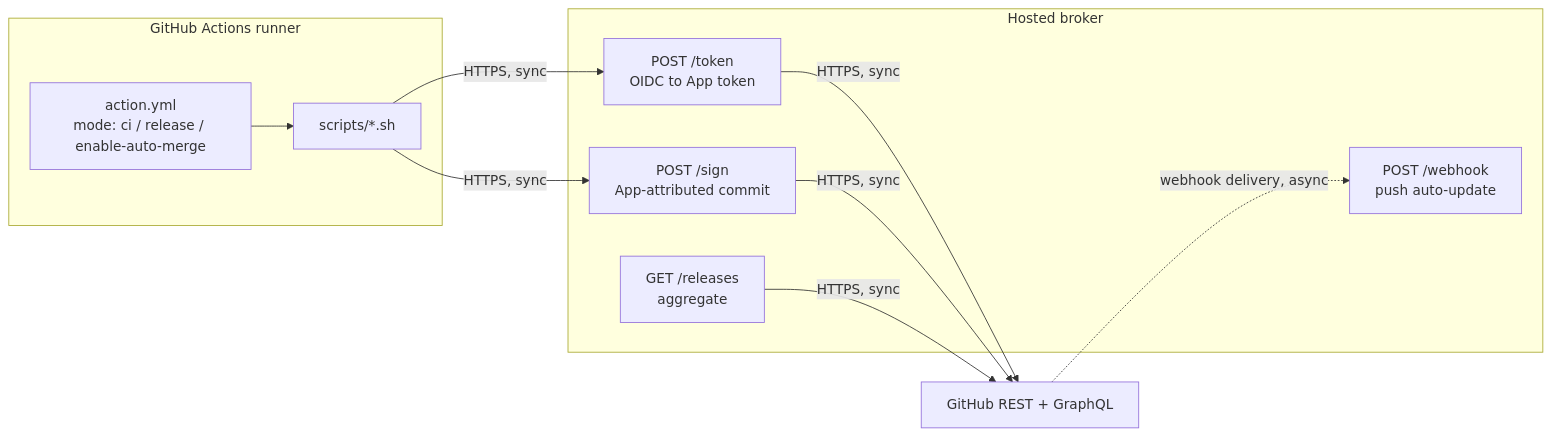
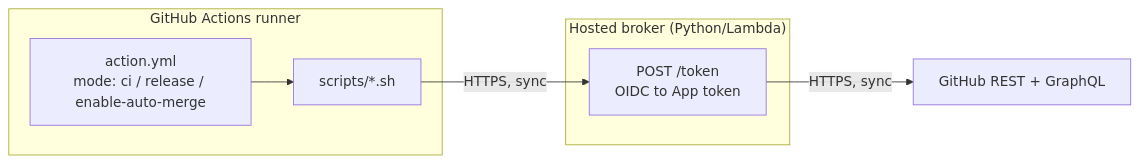
One commit to MagmaMoose/diatreme changed the diagram in docs/architecture.md. Above: the diagram before and after it, drawn with Mermaid. The commit also changed other lines of this file and 3 other files, not shown here.

````diff
--- a/docs/architecture.md
+++ b/docs/architecture.md
@@ -9,21 +9,14 @@
 ```mermaid
 flowchart LR
     subgraph runner["GitHub Actions runner"]
         A["action.yml<br/>mode: ci / release / enable-auto-merge"]
         S["scripts/*.sh"]
         A --> S
     end
-    subgraph broker["Hosted broker"]
+    subgraph broker["Hosted broker (Python/Lambda)"]
         T["POST /token<br/>OIDC to App token"]
-        G["POST /sign<br/>App-attributed commit"]
-        R["GET /releases<br/>aggregate"]
-        W["POST /webhook<br/>push auto-update"]
     end
     S -->|"HTTPS, sync"| T
-    S -->|"HTTPS, sync"| G
     GH["GitHub REST + GraphQL"]
     T -->|"HTTPS, sync"| GH
-    G -->|"HTTPS, sync"| GH
-    R -->|"HTTPS, sync"| GH
-    GH -.->|"webhook delivery, async"| W
 ```
````
